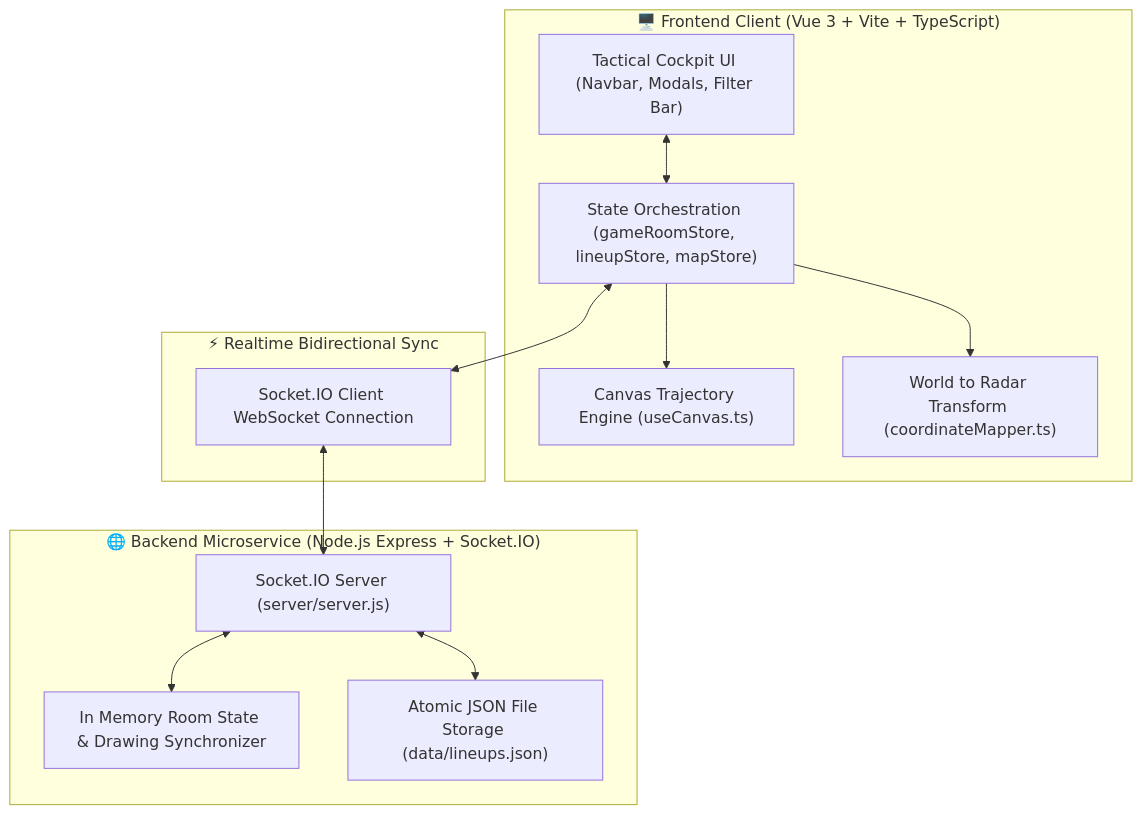
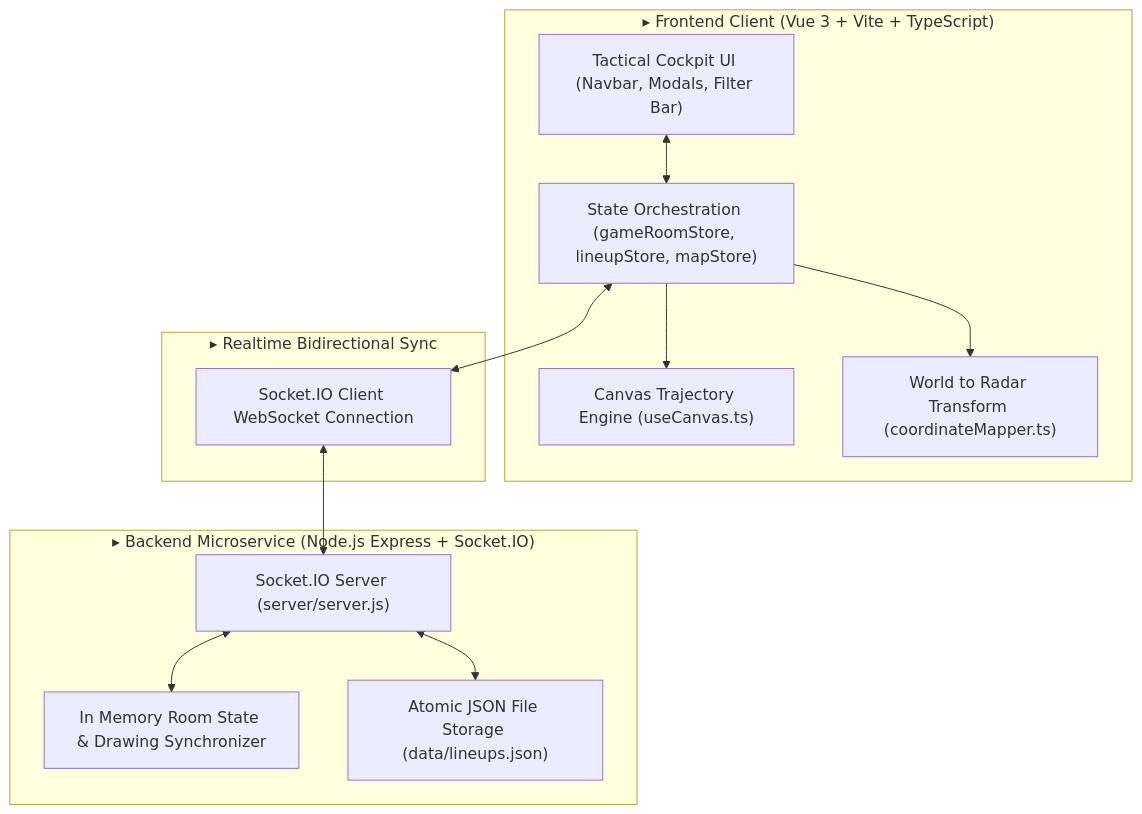
Before and after one commit to IAndrexI/documentation: the diagram in docs/apps/cs2nades/index.md, drawn with Mermaid. The commit also changed other lines of this file and 40 other files, not shown here.

Commit message:
feat: hide git stars/branches, collapse subcategories until tab selected, add high-res architecture SVG, auto-update script, basic monochrome glyphs, and line-by-line recreation blueprints with summaries

````diff
--- a/docs/apps/cs2nades/index.md
+++ b/docs/apps/cs2nades/index.md
@@ -7,28 +7,28 @@
 ```mermaid
 graph TD
-    subgraph ClientLayer["🖥️ Frontend Client (Vue 3 + Vite + TypeScript)"]
+    subgraph ClientLayer["▸ Frontend Client (Vue 3 + Vite + TypeScript)"]
         UI["Tactical Cockpit UI (Navbar, Modals, Filter Bar)"]
         Pinia["State Orchestration (gameRoomStore, lineupStore, mapStore)"]
         CanvasEngine["Canvas Trajectory Engine (useCanvas.ts)"]
         CoordMapper["World to Radar Transform (coordinateMapper.ts)"]
         
         UI <--> Pinia
         Pinia --> CanvasEngine
         Pinia --> CoordMapper
     end
 
-    subgraph TransportLayer["⚡ Realtime Bidirectional Sync"]
+    subgraph TransportLayer["▸ Realtime Bidirectional Sync"]
         ClientSocket["Socket.IO Client WebSocket Connection"]
         Pinia <--> ClientSocket
     end
 
-    subgraph ServerLayer["🌐 Backend Microservice (Node.js Express + Socket.IO)"]
+    subgraph ServerLayer["▸ Backend Microservice (Node.js Express + Socket.IO)"]
         ServerSocket["Socket.IO Server (server/server.js)"]
         RoomState["In Memory Room State & Drawing Synchronizer"]
         LineupStore["Atomic JSON File Storage (data/lineups.json)"]
         
         ClientSocket <--> ServerSocket
         ServerSocket <--> RoomState
         ServerSocket <--> LineupStore
     end
 ```
````
